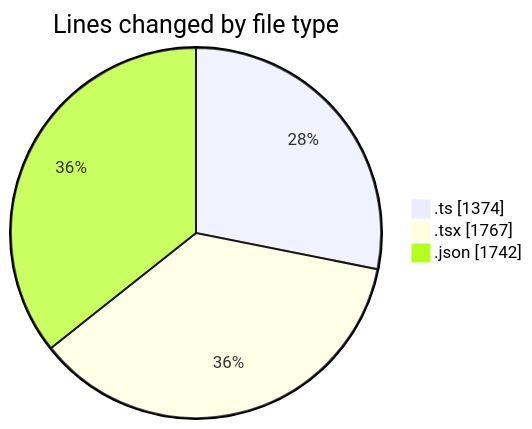
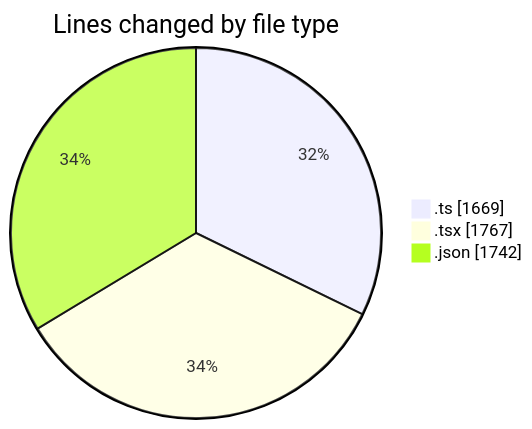
The first of 2 diagrams in 2025-10-23/eventscop-frontend-guide__workspace_/README.md (julien-gomy/code-tracking), drawn with Mermaid before and after one commit. The commit also changed other lines of this file and 1 other file, not shown here.

````diff
--- a/2025-10-23/eventscop-frontend-guide__workspace_/README.md
+++ b/2025-10-23/eventscop-frontend-guide__workspace_/README.md
@@ -33,7 +33,7 @@
 ```mermaid
 pie showData
 title Lines changed by file type
-".ts" : 1374
+".ts" : 1669
 ".tsx" : 1767
 ".json" : 1742
 ```
````
